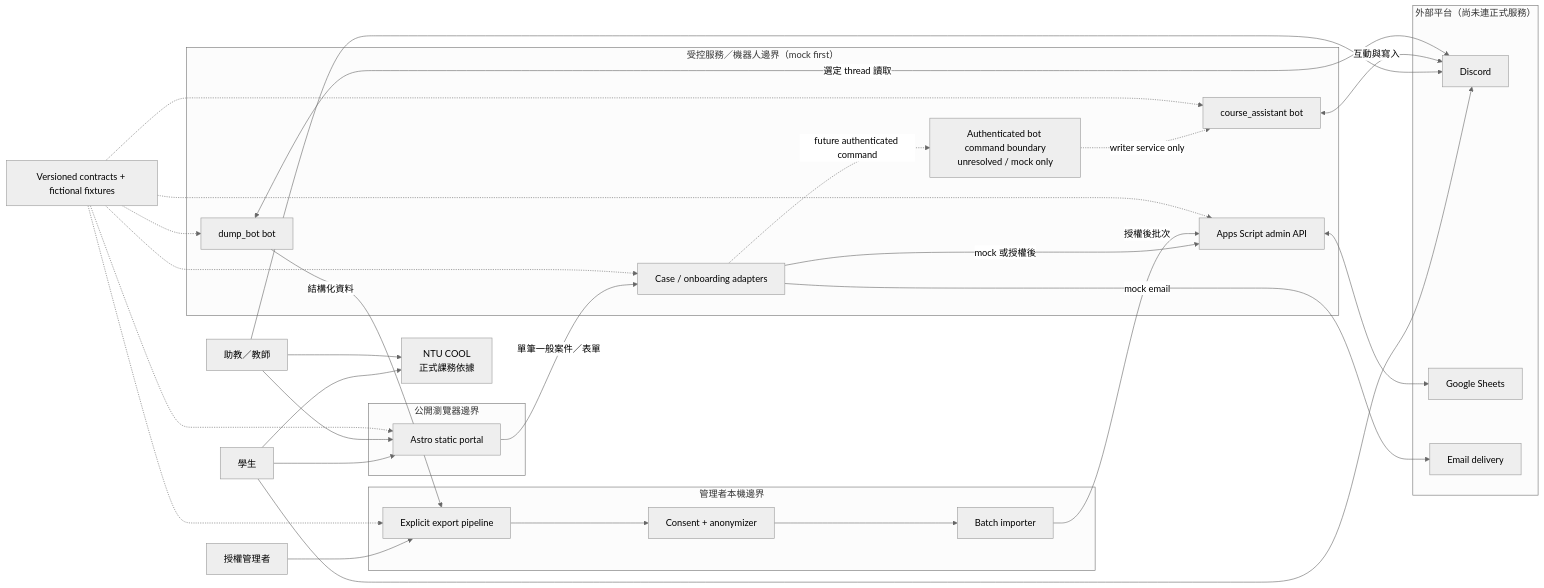
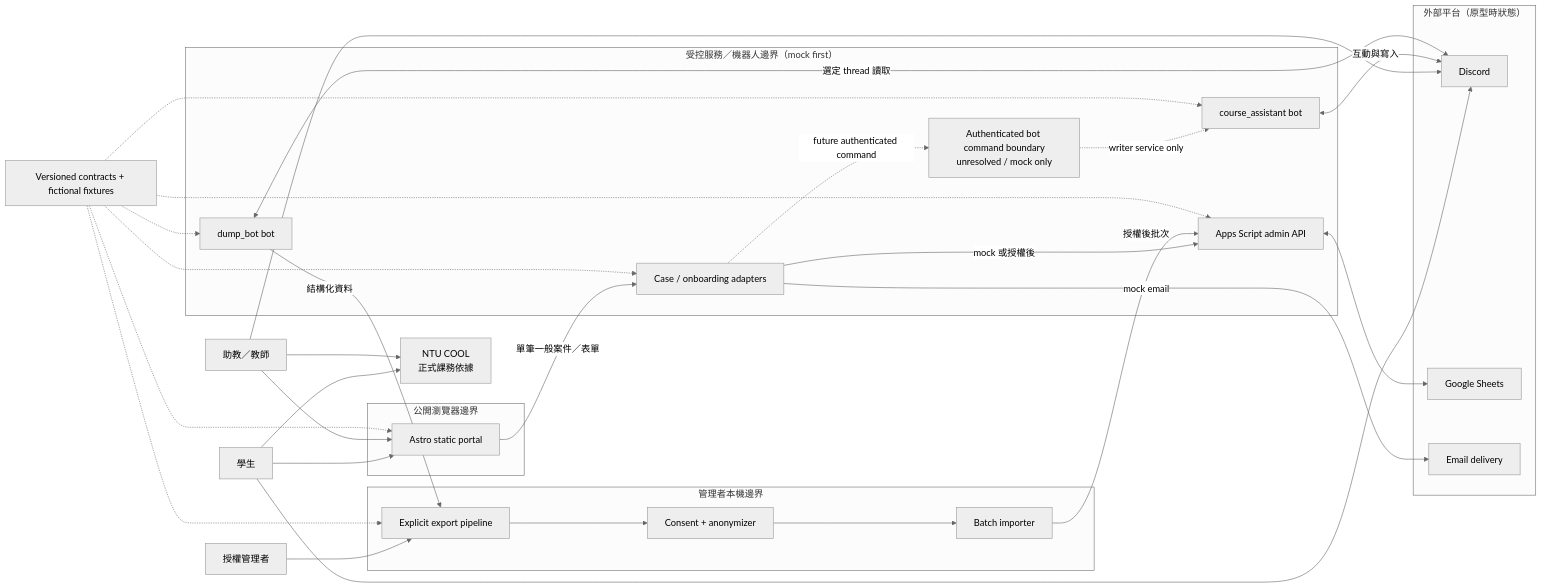
The diagram in docs/architecture/CONTEXT.md (A-Cup-of-Chamomile-Tea-Latte/discord-calculus-teaching-platform), drawn with Mermaid (neutral theme) before and after one commit. The commit also changed other lines of this file and 9 other files, not shown here.

````diff
--- a/docs/architecture/CONTEXT.md
+++ b/docs/architecture/CONTEXT.md
@@ -5,59 +7,59 @@
 ```mermaid
 flowchart LR
   student["學生"]
   staff["助教／教師"]
   manager["授權管理者"]
   cool["NTU COOL<br/>正式課務依據"]
 
   subgraph public["公開瀏覽器邊界"]
     portal["Astro static portal"]
   end
 
   subgraph controlled["受控服務／機器人邊界（mock first）"]
     api["Case / onboarding adapters"]
     commandApi["Authenticated bot command boundary<br/>unresolved / mock only"]
     courseBot["course_assistant bot"]
     archiveBot["dump_bot bot"]
     gas["Apps Script admin API"]
   end
 
-  subgraph external["外部平台（尚未連正式服務）"]
+  subgraph external["外部平台（原型時狀態）"]
     discord["Discord"]
     sheets["Google Sheets"]
     email["Email delivery"]
   end
 
   subgraph local["管理者本機邊界"]
     exportTool["Explicit export pipeline"]
     anonymizer["Consent + anonymizer"]
     importer["Batch importer"]
   end
 
   contracts["Versioned contracts + fictional fixtures"]
 
   student --> cool
   staff --> cool
   student --> portal
   staff --> portal
   student --> discord
   staff --> discord
   portal -->|"單筆一般案件／表單"| api
   api -->|"mock 或授權後"| gas
   api -->|"mock email"| email
   api -.->|"future authenticated command"| commandApi
   commandApi -.->|"writer service only"| courseBot
   courseBot <-->|"互動與寫入"| discord
   archiveBot <-->|"選定 thread 讀取"| discord
   manager --> exportTool
   archiveBot -->|"結構化資料"| exportTool
   exportTool --> anonymizer
   anonymizer --> importer
   importer -->|"授權後批次"| gas
   gas <--> sheets
   contracts -.-> portal
   contracts -.-> api
   contracts -.-> courseBot
   contracts -.-> archiveBot
   contracts -.-> exportTool
   contracts -.-> gas
 ```
````
